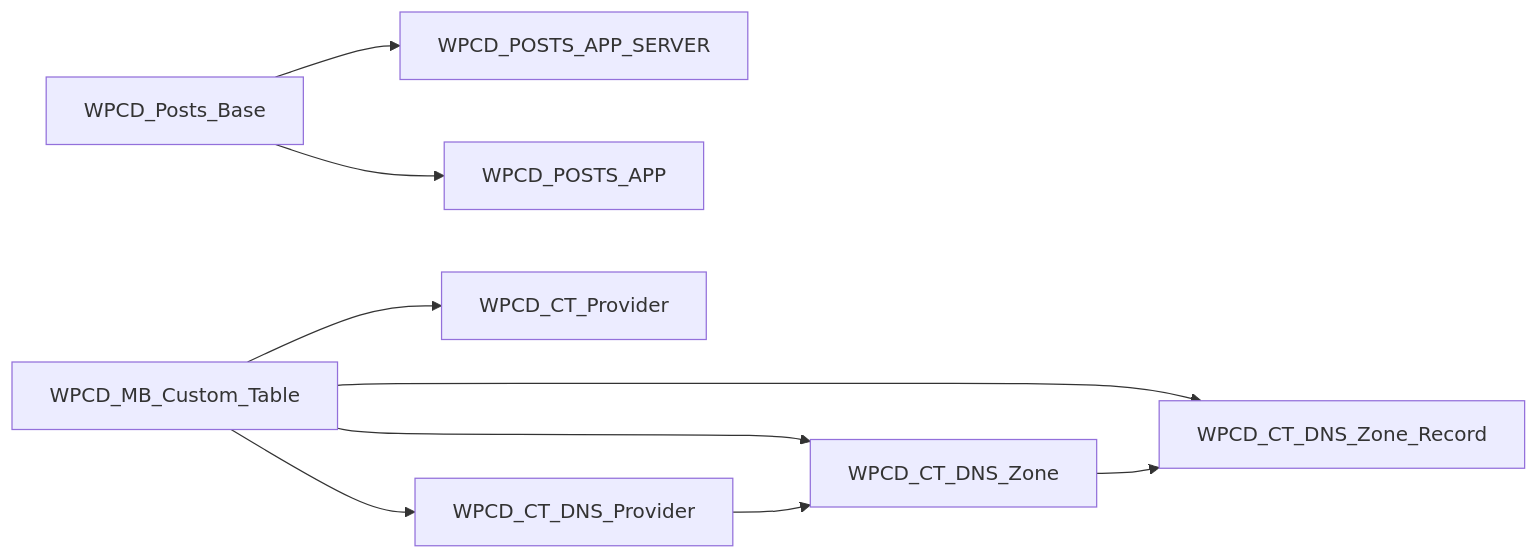
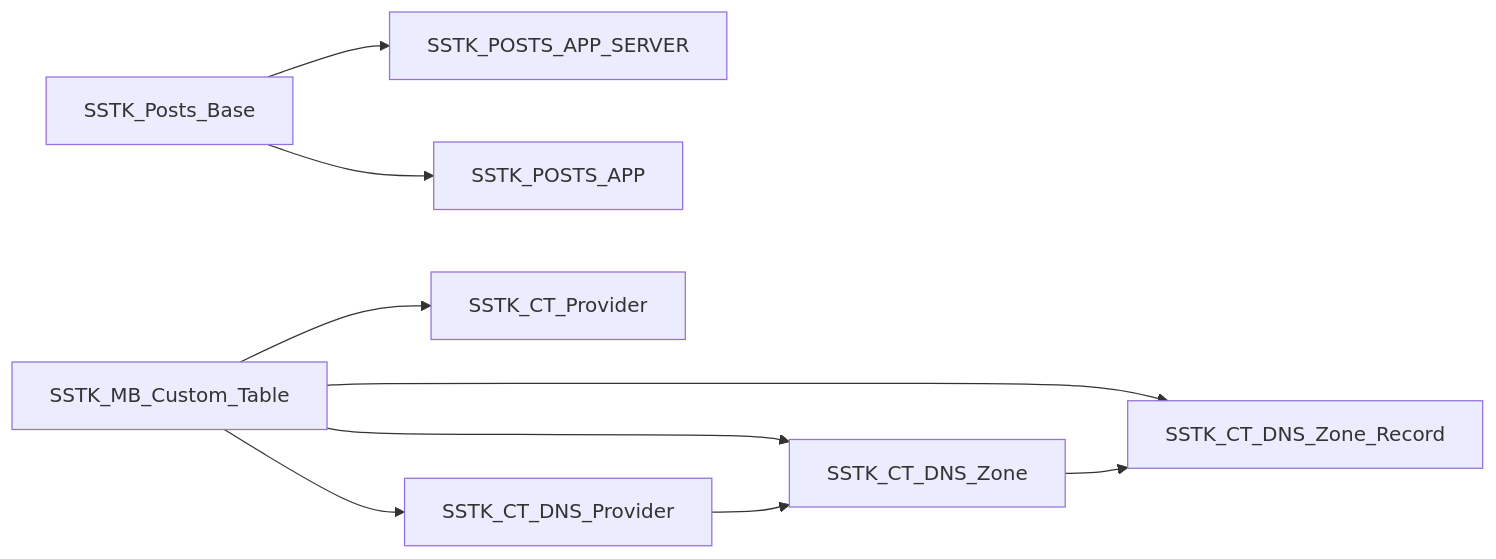
The tenth of 10 diagrams in .qoder/repowiki/en/content/Data Management/Data Management.md (onedogsolutions/simple-stack), drawn with Mermaid before and after one commit. The commit also changed other lines of this file and 5941 other files, not shown here.

````diff
--- a/.qoder/repowiki/en/content/Data Management/Data Management.md
+++ b/.qoder/repowiki/en/content/Data Management/Data Management.md
@@ -505,11 +505,11 @@
 ```mermaid
 graph LR
-PostsBase["WPCD_Posts_Base"] --> ServerCPT["WPCD_POSTS_APP_SERVER"]
-PostsBase --> AppCPT["WPCD_POSTS_APP"]
-BaseCT["WPCD_MB_Custom_Table"] --> ProviderModel["WPCD_CT_Provider"]
-BaseCT --> DNSProvModel["WPCD_CT_DNS_Provider"]
-BaseCT --> DNSZoneModel["WPCD_CT_DNS_Zone"]
-BaseCT --> DNSRecModel["WPCD_CT_DNS_Zone_Record"]
+PostsBase["SSTK_Posts_Base"] --> ServerCPT["SSTK_POSTS_APP_SERVER"]
+PostsBase --> AppCPT["SSTK_POSTS_APP"]
+BaseCT["SSTK_MB_Custom_Table"] --> ProviderModel["SSTK_CT_Provider"]
+BaseCT --> DNSProvModel["SSTK_CT_DNS_Provider"]
+BaseCT --> DNSZoneModel["SSTK_CT_DNS_Zone"]
+BaseCT --> DNSRecModel["SSTK_CT_DNS_Zone_Record"]
 DNSProvModel --> DNSZoneModel
 DNSZoneModel --> DNSRecModel
 ```
````
